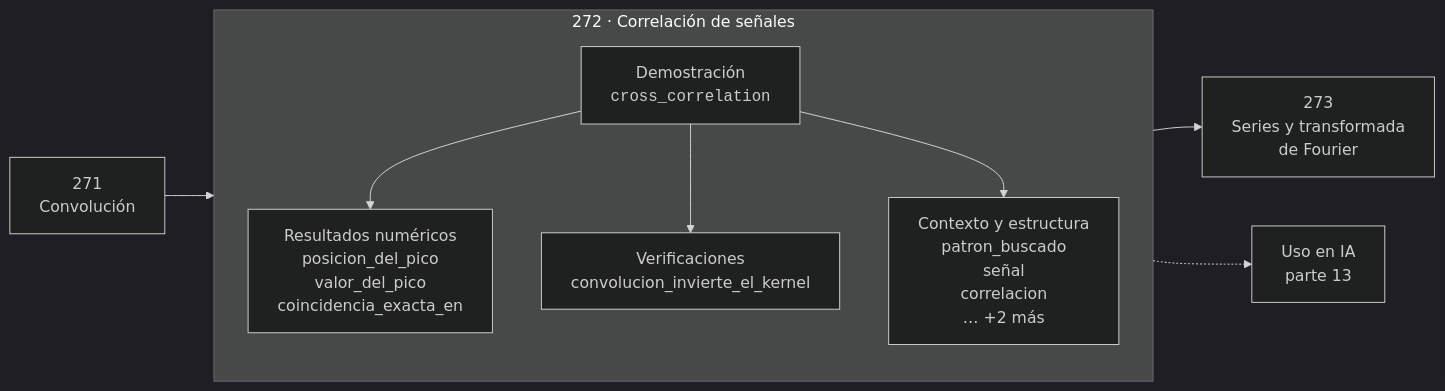
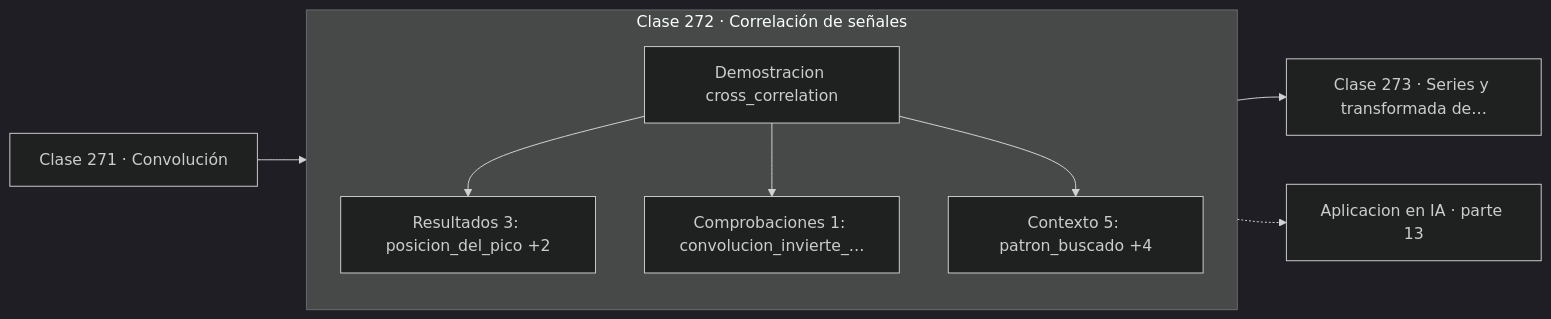
The diagram in classes/part-13-teoria-de-la-informacion-senales-y-series/272-correlacion-de-senales/README.md (vladimiracunadev-create/computational-mathematics-program), drawn with Mermaid (dark theme) before and after one commit. The commit also changed 389 other files, not shown here.

First line of the commit message:
fix(diagramas): elimina el HTML de las etiquetas Mermaid

````diff
--- a/classes/part-13-teoria-de-la-informacion-senales-y-series/272-correlacion-de-senales/README.md
+++ b/classes/part-13-teoria-de-la-informacion-senales-y-series/272-correlacion-de-senales/README.md
@@ -30,12 +30,13 @@
 ```mermaid
 flowchart LR
-    P["271<br/>Convolución"] --> C
-    subgraph C["272 · Correlación de señales"]
+    P["Clase 271 · Convolución"] --> D
+    subgraph CLASE["Clase 272 · Correlación de señales"]
         direction TB
-        D["Demostración<br/><code>cross_correlation</code>"] --> R["Resultados numéricos<br/>posicion_del_pico<br/>valor_del_pico<br/>coincidencia_exacta_en"]
-        D --> V["Verificaciones<br/>convolucion_invierte_el_kernel"]
-        D --> O["Contexto y estructura<br/>patron_buscado<br/>señal<br/>correlacion<br/>… +2 más"]
+        D["Demostracion cross_correlation"]
+        D --> R["Resultados 3: posicion_del_pico +2"]
+        D --> V["Comprobaciones 1: convolucion_invierte_…"]
+        D --> O["Contexto 5: patron_buscado +4"]
     end
-    C --> N["273<br/>Series y transformada<br/>de Fourier"]
-    C -.-> IA["Uso en IA<br/>parte 13"]
+    R --> N["Clase 273 · Series y transformada de…"]
+    V -.-> IA["Aplicacion en IA · parte 13"]
 ```
````
